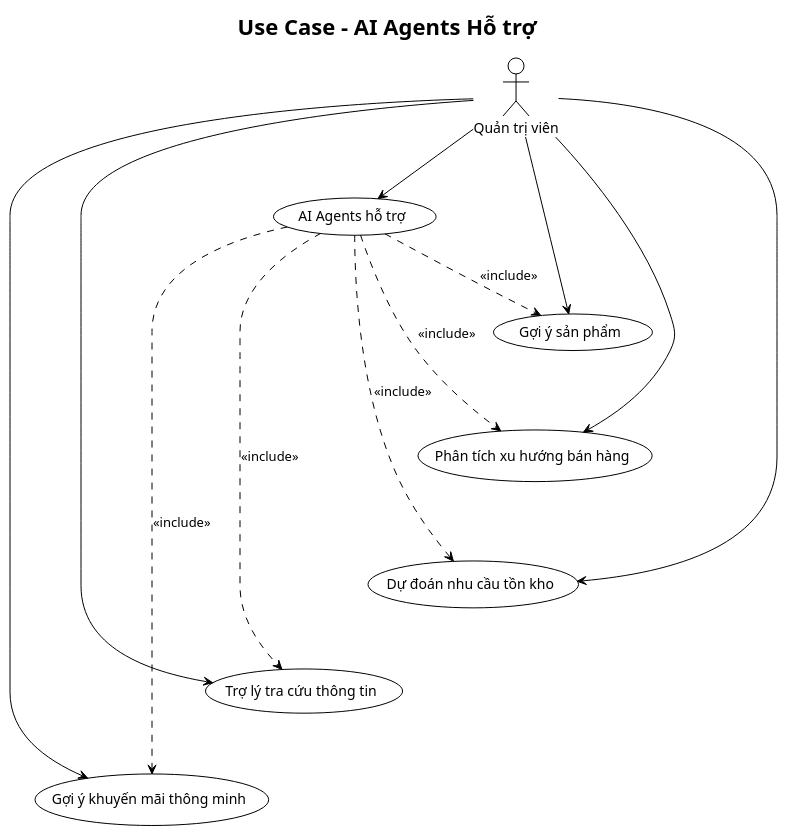
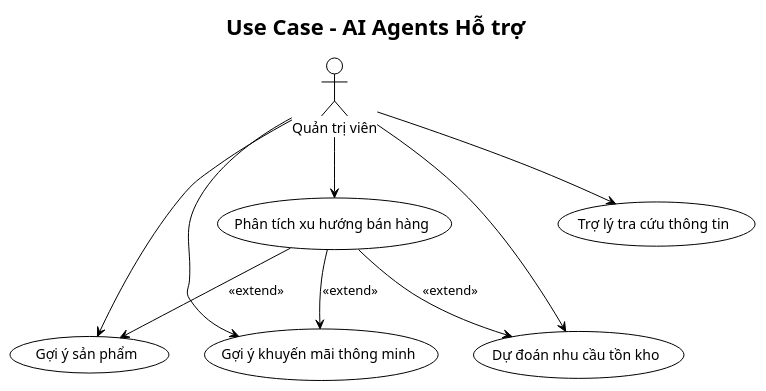
The diagram in docs/usecaseuml/10_ai_agents_ho_tro.puml (namhai03/PerfumeShop), drawn with PlantUML before and after one commit. The commit also changed 107 other files, not shown here.

```diff
--- a/docs/usecaseuml/10_ai_agents_ho_tro.puml
+++ b/docs/usecaseuml/10_ai_agents_ho_tro.puml
@@ -1,36 +1,26 @@
 @startuml
 !theme plain
-skinparam direction top to bottom
 skinparam actorStyle rectangle
 skinparam usecaseStyle rectangle
 
 title Use Case - AI Agents Hỗ trợ
 
 actor "Quản trị viên" as Admin
 
-usecase "AI Agents hỗ trợ" as UC10
-usecase "Gợi ý sản phẩm" as UC10_1
-usecase "Phân tích xu hướng bán hàng" as UC10_2
-usecase "Dự đoán nhu cầu tồn kho" as UC10_3
-usecase "Trợ lý tra cứu thông tin" as UC10_4
-usecase "Gợi ý khuyến mãi thông minh" as UC10_5
+usecase "Gợi ý sản phẩm" as UC1
+usecase "Phân tích xu hướng bán hàng" as UC2
+usecase "Dự đoán nhu cầu tồn kho" as UC3
+usecase "Trợ lý tra cứu thông tin" as UC4
+usecase "Gợi ý khuyến mãi thông minh" as UC5
 
-Admin --> UC10
-Admin --> UC10_1
-Admin --> UC10_2
-Admin --> UC10_3
-Admin --> UC10_4
-Admin --> UC10_5
+Admin --> UC1
+Admin --> UC2
+Admin --> UC3
+Admin --> UC4
+Admin --> UC5
 
-UC10 ..> UC10_1 : <<include>>
-UC10 ..> UC10_2 : <<include>>
-UC10 ..> UC10_3 : <<include>>
-UC10 ..> UC10_4 : <<include>>
-UC10 ..> UC10_5 : <<include>>
-
-UC10_1 -[hidden]-> UC10_2
-UC10_2 -[hidden]-> UC10_3
-UC10_3 -[hidden]-> UC10_4
-UC10_4 -[hidden]-> UC10_5
+UC2 --> UC1 : <<extend>>
+UC2 --> UC3 : <<extend>>
+UC2 --> UC5 : <<extend>>
 
 @enduml
```
